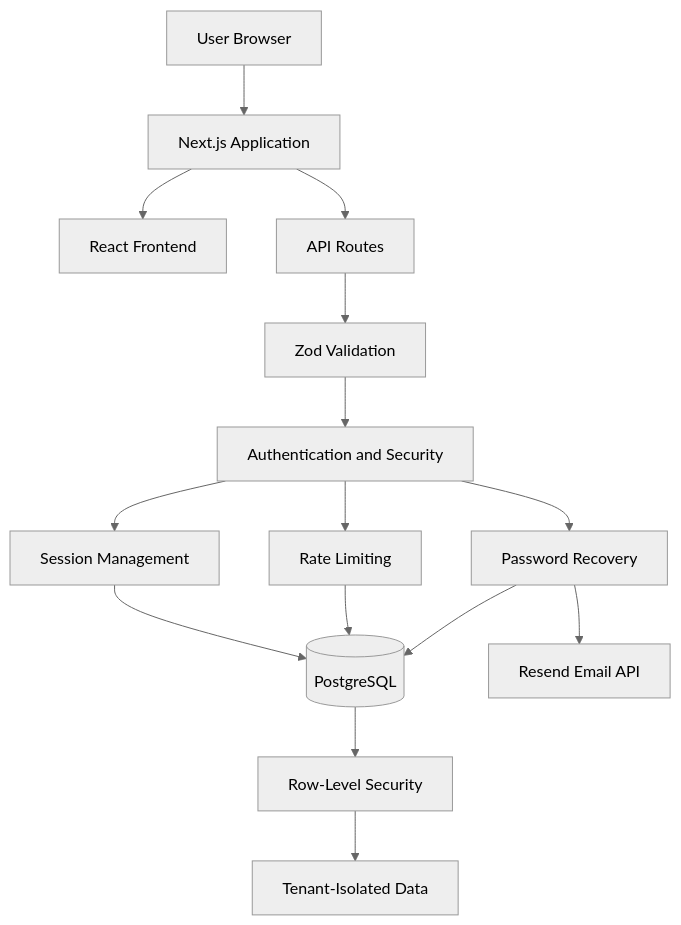
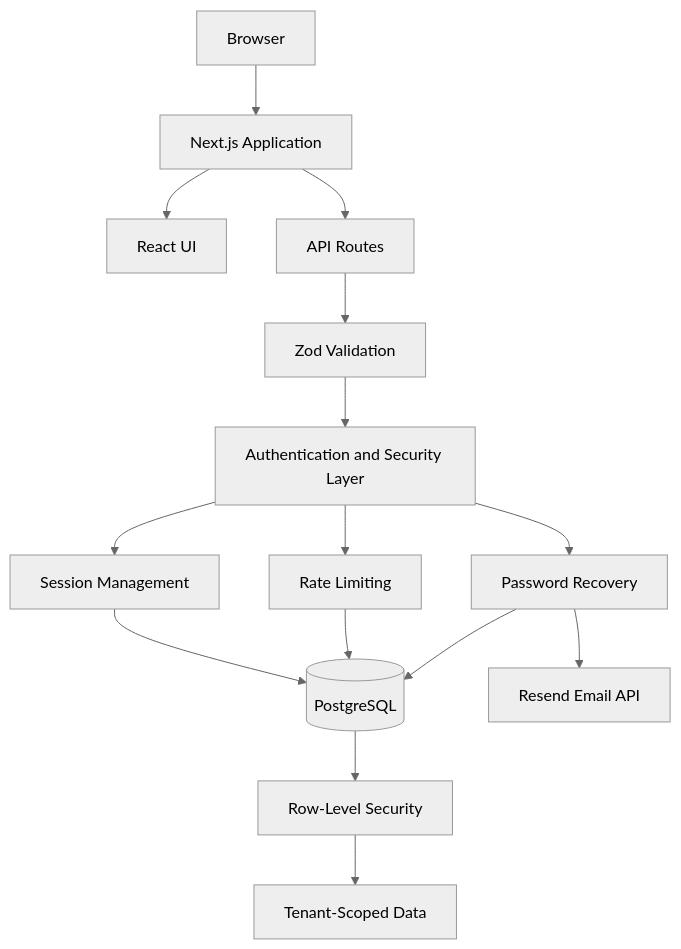
Before and after one commit to foryasith/tenantflow: the first of 3 diagrams in README.md, drawn with Mermaid (neutral theme). The commit also changed other lines of this file, not shown here.

Commit message:
docs: update Week 1 security testing and project documentation

````diff
--- a/README.md
+++ b/README.md
@@ -65,23 +60,17 @@
 ```mermaid
 flowchart TD
-    A[User Browser] --> B[Next.js Application]
-
-    B --> C[React Frontend]
+    A[Browser] --> B[Next.js Application]
+    B --> C[React UI]
     B --> D[API Routes]
-
     D --> E[Zod Validation]
-    E --> F[Authentication and Security]
-
+    E --> F[Authentication and Security Layer]
     F --> G[Session Management]
     F --> H[Rate Limiting]
     F --> I[Password Recovery]
-
     G --> J[(PostgreSQL)]
     H --> J
     I --> J
-
     I --> K[Resend Email API]
-
     J --> L[Row-Level Security]
-    L --> M[Tenant-Isolated Data]
+    L --> M[Tenant-Scoped Data]
 ```
````
